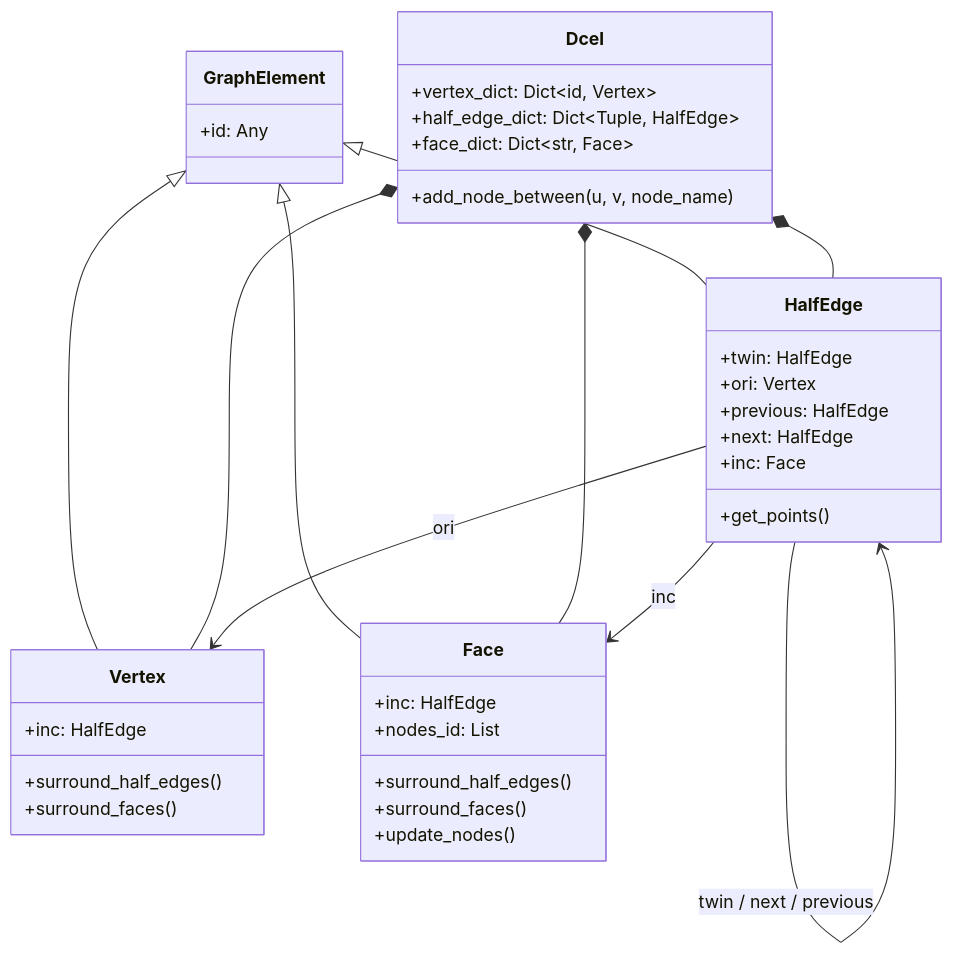
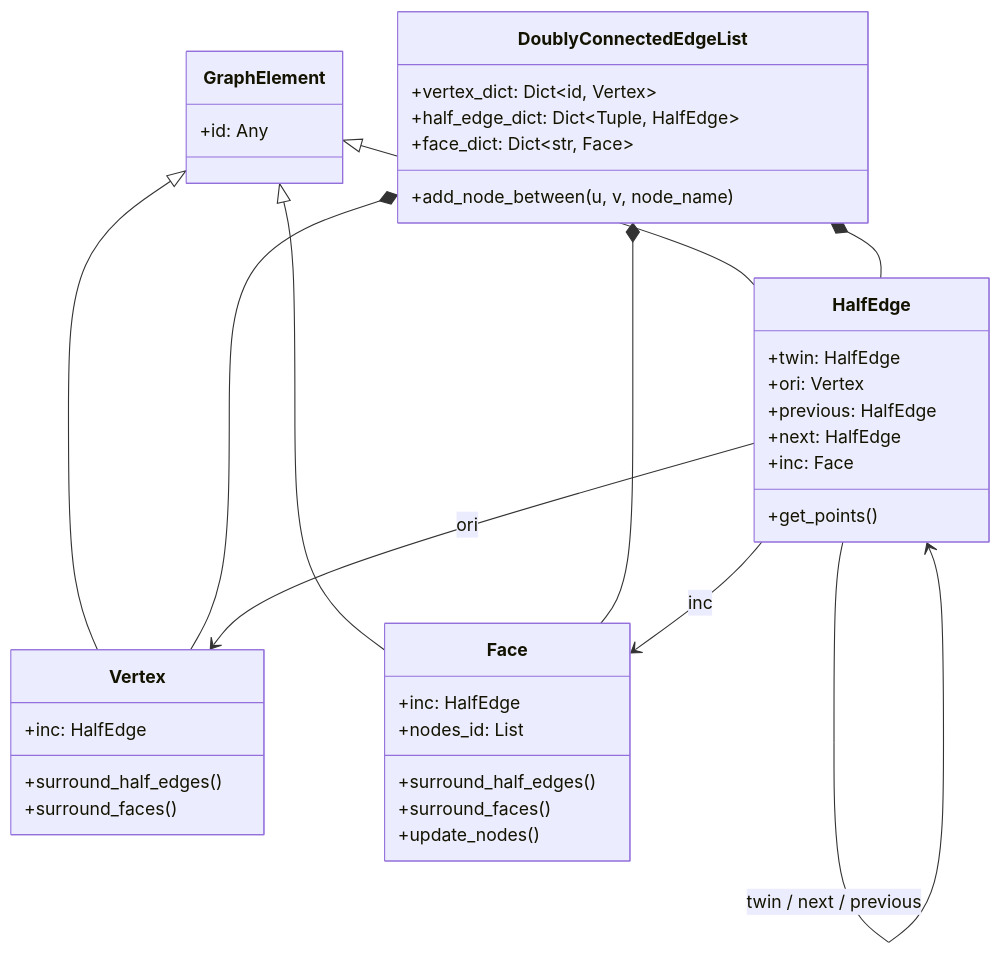
The third of 5 diagrams in developer/technical-architecture.md (hasii2011/orthogonal), drawn with Mermaid before and after one commit. The commit also changed other lines of this file and 3 other files, not shown here.

First line of the commit message:
<Refactor>[DCEL]: <Rename Dcel to DoublyConnectedEdgeList>

````diff
--- a/developer/technical-architecture.md
+++ b/developer/technical-architecture.md
@@ -70,42 +70,42 @@
 ```mermaid
 classDiagram
     class GraphElement {
         +id: Any
     }
     class Vertex {
         +inc: HalfEdge
         +surround_half_edges()
         +surround_faces()
     }
     class Face {
         +inc: HalfEdge
         +nodes_id: List
         +surround_half_edges()
         +surround_faces()
         +update_nodes()
     }
     class HalfEdge {
         +twin: HalfEdge
         +ori: Vertex
         +previous: HalfEdge
         +next: HalfEdge
         +inc: Face
         +get_points()
     }
-    class Dcel {
+    class DoublyConnectedEdgeList {
         +vertex_dict: Dict~id, Vertex~
         +half_edge_dict: Dict~Tuple, HalfEdge~
         +face_dict: Dict~str, Face~
         +add_node_between(u, v, node_name)
     }
 
     GraphElement <|-- Vertex
     GraphElement <|-- Face
     GraphElement <|-- HalfEdge
-    Dcel *-- Vertex
-    Dcel *-- Face
-    Dcel *-- HalfEdge
+    DoublyConnectedEdgeList *-- Vertex
+    DoublyConnectedEdgeList *-- Face
+    DoublyConnectedEdgeList *-- HalfEdge
     HalfEdge --> HalfEdge : twin / next / previous
     HalfEdge --> Vertex : ori
     HalfEdge --> Face : inc
 ```
````
